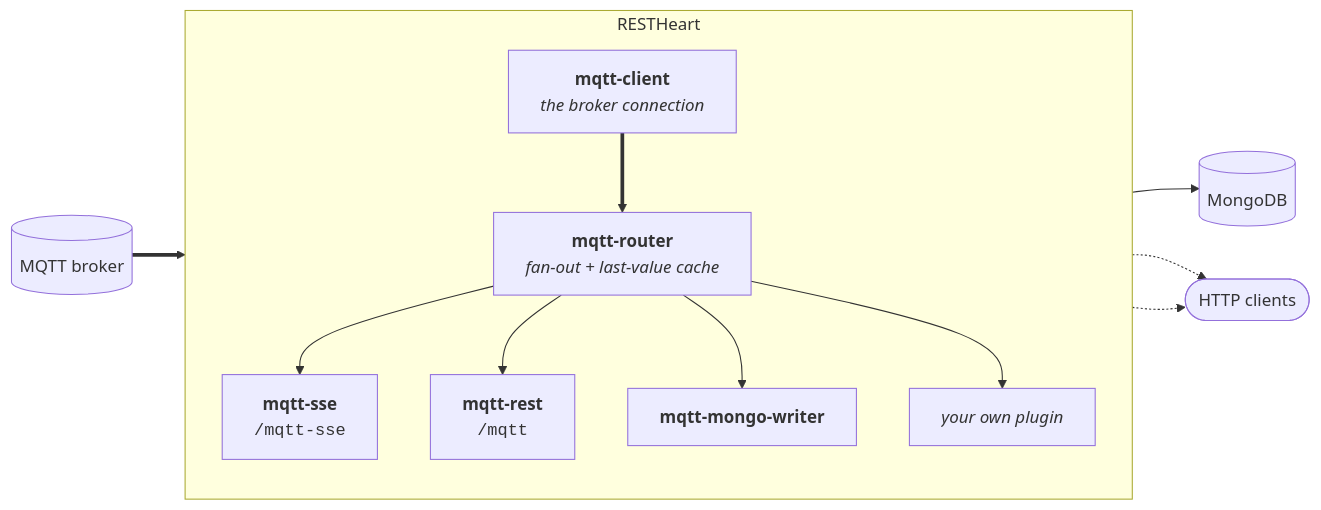
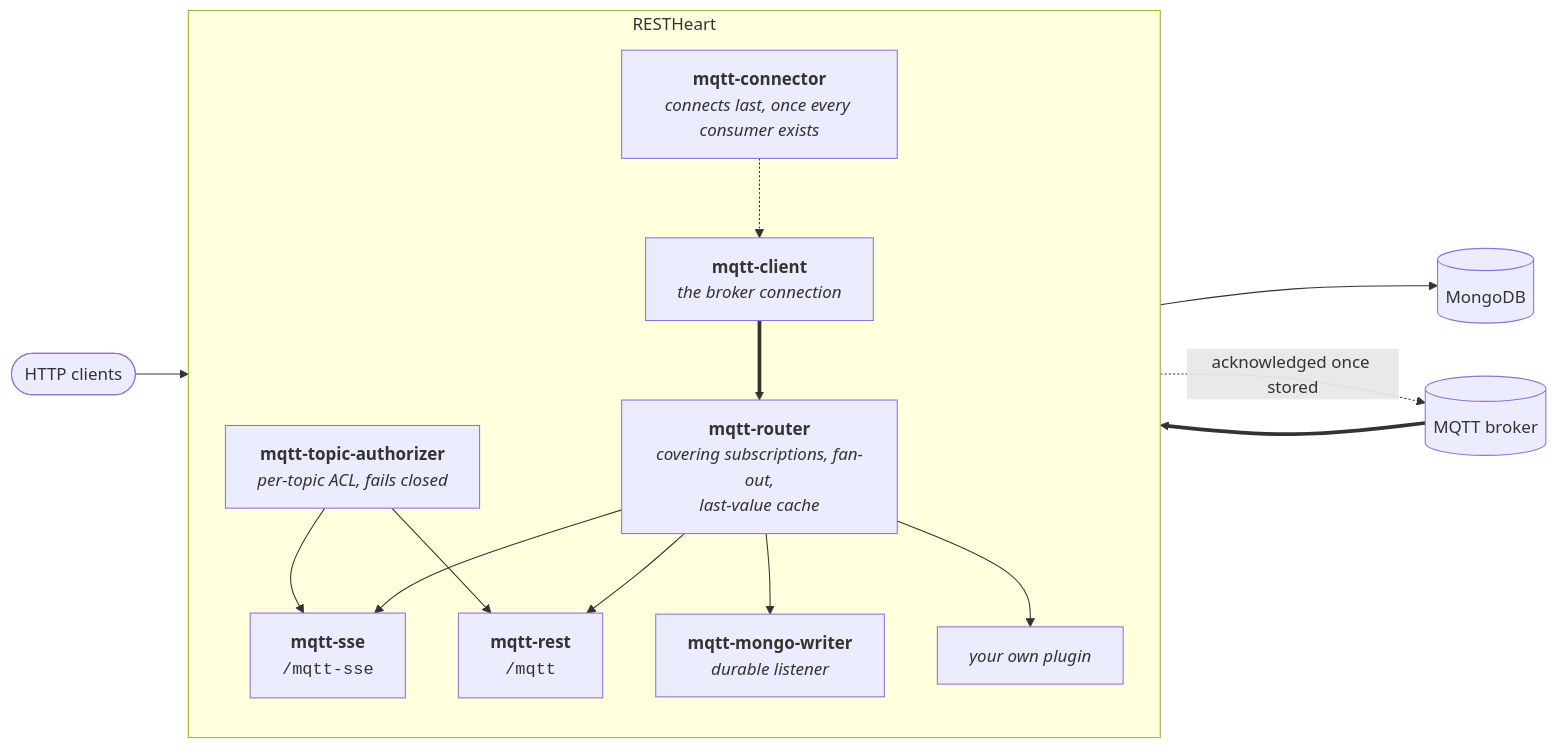
One commit to SoftInstigate/restheart changed the first of 5 diagrams in mqtt/README.md. Above: the diagram before and after it, drawn with Mermaid. The commit also changed other lines of this file and 1 other file, not shown here.

First line of the commit message:
docs(mqtt): align the README with the code before asking for community feedback

````diff
--- a/mqtt/README.md
+++ b/mqtt/README.md
@@ -35,26 +45,31 @@
 ```mermaid
 flowchart LR
     broker[("MQTT broker")]
     mongo[("MongoDB")]
     callers(["HTTP clients"])
 
     subgraph rh["RESTHeart"]
         direction TB
+        connector["<b>mqtt-connector</b><br><i>connects last, once every consumer exists</i>"]
         client["<b>mqtt-client</b><br><i>the broker connection</i>"]
-        router["<b>mqtt-router</b><br><i>fan-out + last-value cache</i>"]
+        router["<b>mqtt-router</b><br><i>covering subscriptions, fan-out,<br>last-value cache</i>"]
+        authz["<b>mqtt-topic-authorizer</b><br><i>per-topic ACL, fails closed</i>"]
         sse["<b>mqtt-sse</b><br><code>/mqtt-sse</code>"]
         rest["<b>mqtt-rest</b><br><code>/mqtt</code>"]
-        writer["<b>mqtt-mongo-writer</b>"]
+        writer["<b>mqtt-mongo-writer</b><br><i>durable listener</i>"]
         own["<i>your own plugin</i>"]
     end
 
+    connector -.-> client
     broker ==> client
     client ==> router
     router --> sse
     router --> rest
     router --> writer
     router --> own
     writer --> mongo
-    sse -.-> callers
-    rest -.-> callers
+    writer -.->|"acknowledged once stored"| broker
+    callers --> authz
+    authz --> sse
+    authz --> rest
 ```
````
